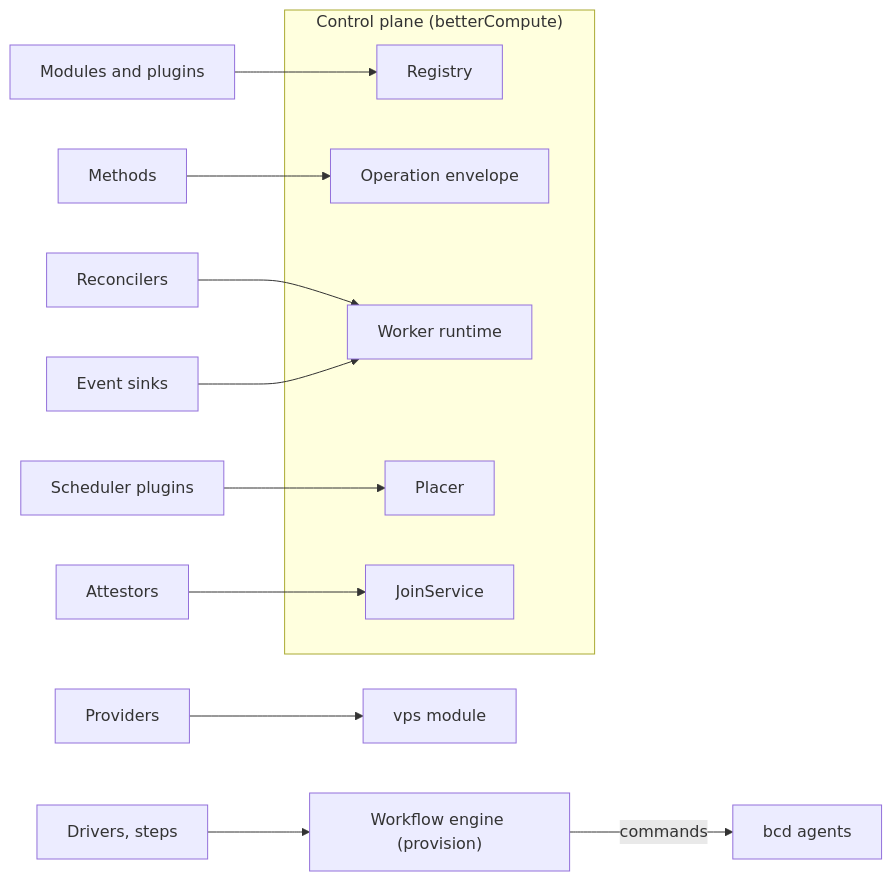
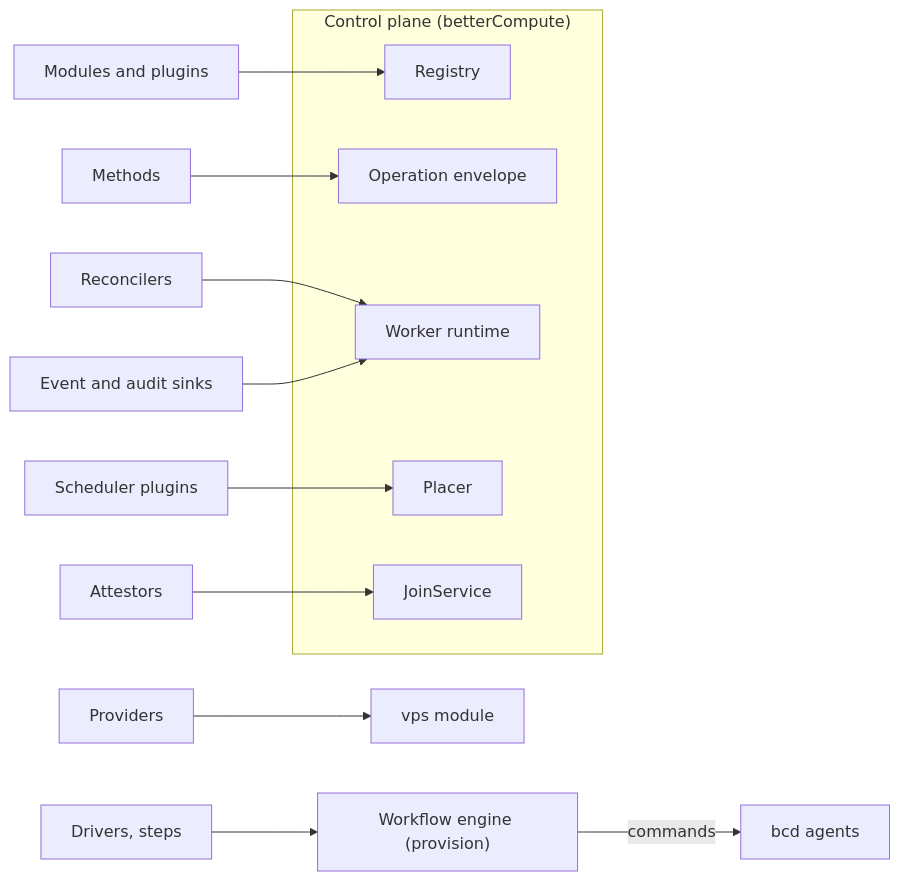
Before and after one commit to Better-Compute/better-compute: the diagram in apps/docs/content/docs/extending/index.mdx, drawn with Mermaid. The commit also changed other lines of this file and 45 other files, not shown here.

````diff
--- a/apps/docs/content/docs/extending/index.mdx
+++ b/apps/docs/content/docs/extending/index.mdx
@@ -66,19 +68,19 @@
 ```mermaid
 flowchart LR
   subgraph cp["Control plane (betterCompute)"]
     REG["Registry"]
     ENV["Operation envelope"]
     RT["Worker runtime"]
     PL["Placer"]
     JS["JoinService"]
   end
   MOD["Modules and plugins"] --> REG
   MET["Methods"] --> ENV
   REC["Reconcilers"] --> RT
   SCH["Scheduler plugins"] --> PL
   ATT["Attestors"] --> JS
-  SNK["Event sinks"] --> RT
+  SNK["Event and audit sinks"] --> RT
   DRV["Drivers, steps"] --> WF["Workflow engine (provision)"]
   PRV["Providers"] --> VPS["vps module"]
   WF -->|"commands"| AG["bcd agents"]
 ```
````
